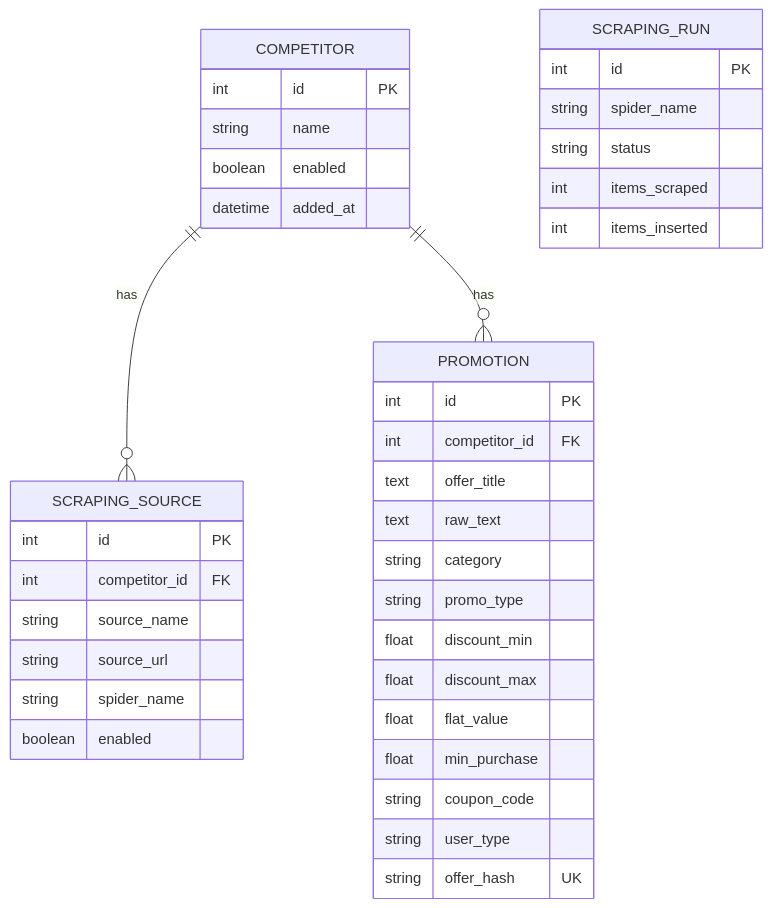
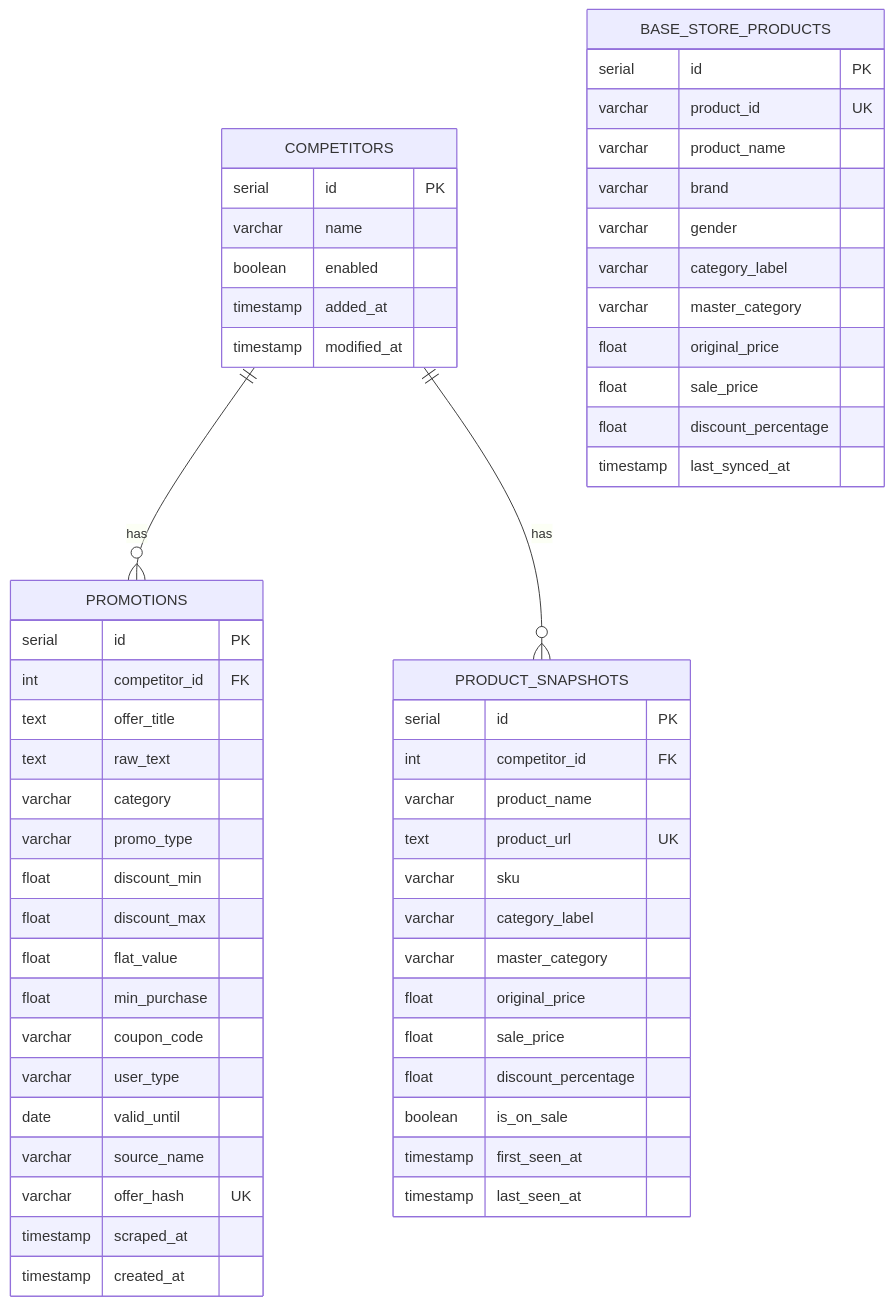
Before and after one commit to Arshu45/Web_Scraping_v1: the third of 6 diagrams in confluence_documentation.md, drawn with Mermaid. The commit also changed other lines of this file and 1 other file, not shown here.

````diff
--- a/confluence_documentation.md
+++ b/confluence_documentation.md
@@ -55,45 +130,63 @@
 ```mermaid
 erDiagram
-    COMPETITOR ||--o{ SCRAPING_SOURCE : has
-    COMPETITOR ||--o{ PROMOTION : has
-    
-    COMPETITOR {
-        int id PK
-        string name
+    COMPETITORS ||--o{ PROMOTIONS : "has"
+    COMPETITORS ||--o{ PRODUCT_SNAPSHOTS : "has"
+
+    COMPETITORS {
+        serial id PK
+        varchar name
         boolean enabled
-        datetime added_at
+        timestamp added_at
+        timestamp modified_at
     }
-    
-    SCRAPING_SOURCE {
-        int id PK
-        int competitor_id FK
-        string source_name
-        string source_url
-        string spider_name
-        boolean enabled
-    }
-    
-    PROMOTION {
-        int id PK
+
+    PROMOTIONS {
+        serial id PK
         int competitor_id FK
         text offer_title
         text raw_text
-        string category
-        string promo_type
+        varchar category
+        varchar promo_type
         float discount_min
         float discount_max
         float flat_value
         float min_purchase
-        string coupon_code
-        string user_type
-        string offer_hash UK
+        varchar coupon_code
+        varchar user_type
+        date valid_until
+        varchar source_name
+        varchar offer_hash UK
+        timestamp scraped_at
+        timestamp created_at
     }
-    
-    SCRAPING_RUN {
-        int id PK
-        string spider_name
-        string status
-        int items_scraped
-        int items_inserted
+
+    PRODUCT_SNAPSHOTS {
+        serial id PK
+        int competitor_id FK
+        varchar product_name
+        text product_url UK
+        varchar sku
+        varchar category_label
+        varchar master_category
+        float original_price
+        float sale_price
+        float discount_percentage
+        boolean is_on_sale
+        timestamp first_seen_at
+        timestamp last_seen_at
+    }
+
+    BASE_STORE_PRODUCTS {
+        serial id PK
+        varchar product_id UK
+        varchar product_name
+        varchar brand
+        varchar gender
+        varchar category_label
+        varchar master_category
+        float original_price
+        float sale_price
+        float discount_percentage
+        timestamp last_synced_at
     }
 ```
````
